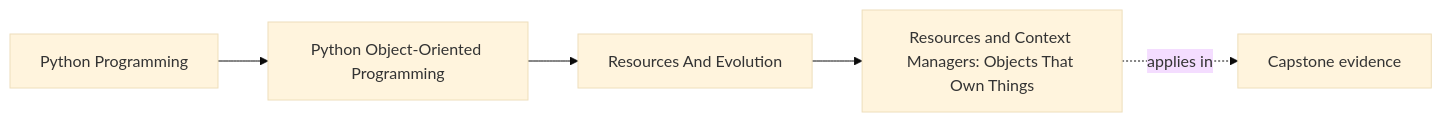
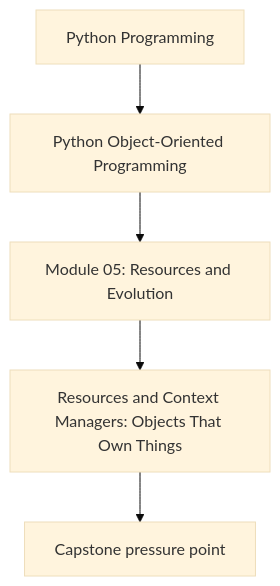
One commit to bijux/bijux-masterclass changed the first of 2 diagrams in programs/python-programming/python-object-oriented-programming/course-book/module-05-resources-and-evolution/resource-ownership-and-context-managers.md. Above: the diagram before and after it, drawn with Mermaid (base theme). The commit also changed other lines of this file and 107 other files, not shown here.

Commit message:
docs(python-object-oriented-programming): align concept page diagrams

````diff
--- a/programs/python-programming/python-object-oriented-programming/course-book/module-05-resources-and-evolution/resource-ownership-and-context-managers.md
+++ b/programs/python-programming/python-object-oriented-programming/course-book/module-05-resources-and-evolution/resource-ownership-and-context-managers.md
@@ -7,11 +7,7 @@
 ```mermaid
-graph LR
-  family["Python Programming"]
-  program["Python Object-Oriented Programming"]
-  section["Resources And Evolution"]
-  page["Resources and Context Managers: Objects That Own Things"]
-  capstone["Capstone evidence"]
-
-  family --> program --> section --> page
-  page -.applies in.-> capstone
+flowchart TD
+  family["Python Programming"] --> program["Python Object-Oriented Programming"]
+  program --> module["Module 05: Resources and Evolution"]
+  module --> concept["Resources and Context Managers: Objects That Own Things"]
+  concept --> capstone["Capstone pressure point"]
 ```
````
